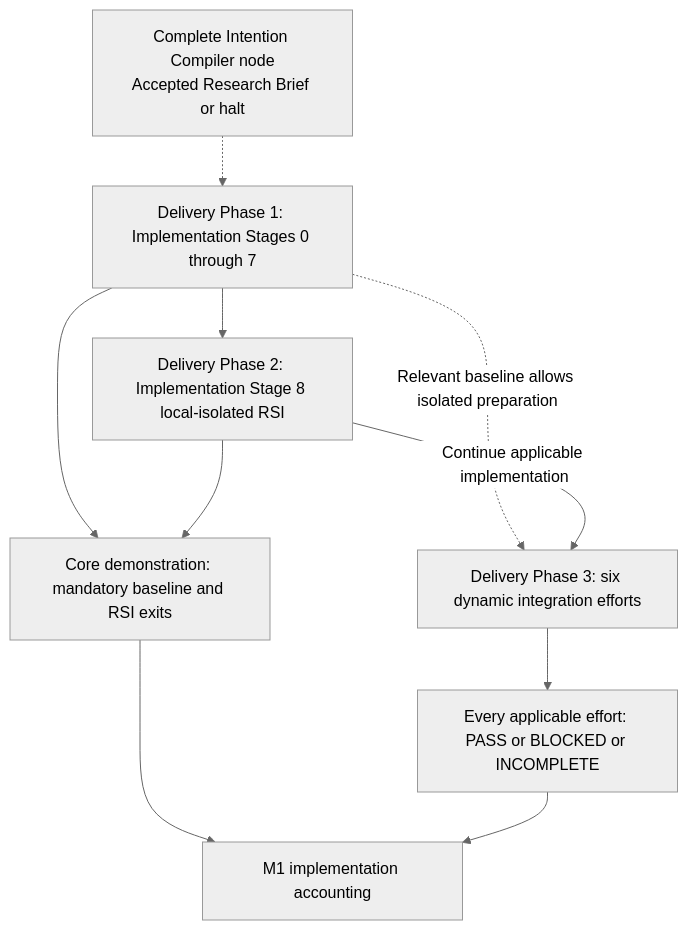
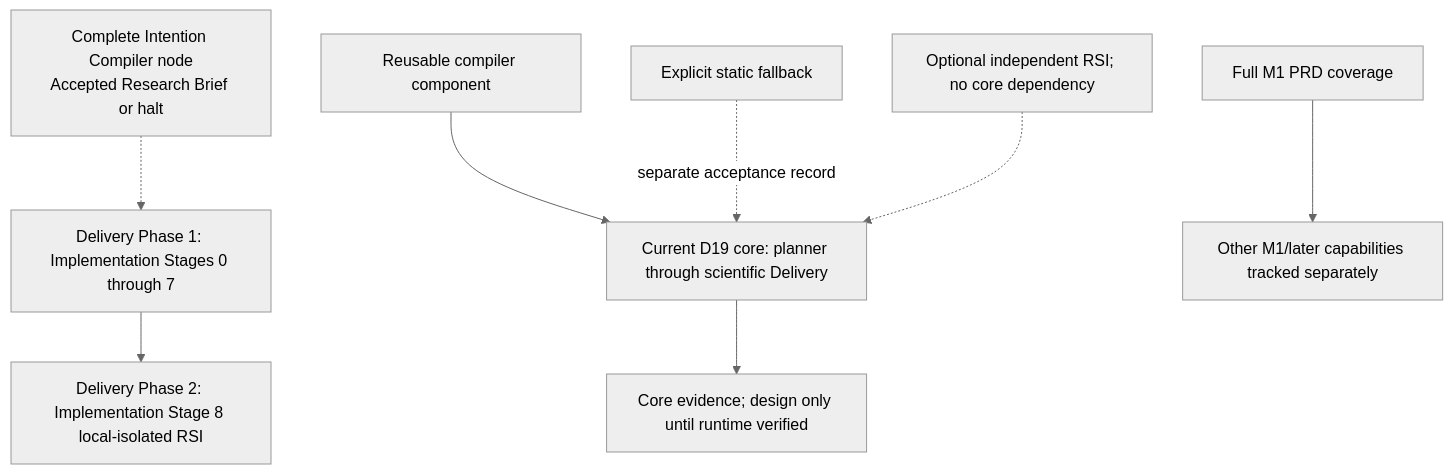
The diagram in docs/architecture/design-package/phase-details.md (Stellven/jiuwenswarm), drawn with Mermaid (neutral theme) before and after one commit. The commit also changed other lines of this file and 114 other files, not shown here.

Commit message:
docs: integrate October core scope, D19-D22, CC build coverage and planning records

````diff
--- a/docs/architecture/design-package/phase-details.md
+++ b/docs/architecture/design-package/phase-details.md
@@ -48,12 +48,10 @@
 ```mermaid
 flowchart TB
     Slice["Complete Intention Compiler node<br/>Accepted Research Brief or halt"] -.-> P1[Delivery Phase 1: Implementation Stages 0 through 7]
     P1 --> P2[Delivery Phase 2: Implementation Stage 8 local-isolated RSI]
-    P1 -.->|Relevant baseline allows isolated preparation| P3[Delivery Phase 3: six dynamic integration efforts]
-    P2 -->|Continue applicable implementation| P3
-    P1 --> Core[Core demonstration: mandatory baseline and RSI exits]
-    P2 --> Core
-    P3 --> Account[Every applicable effort: PASS or BLOCKED or INCOMPLETE]
-    Core --> Report[M1 implementation accounting]
-    Account --> Report
+    Compiler[Reusable compiler component] --> Core[Current D19 core: planner through scientific Delivery]
+    Static[Explicit static fallback] -. separate acceptance record .-> Core
+    Core --> Evidence[Core evidence; design only until runtime verified]
+    RSI[Optional independent RSI; no core dependency] -.-> Core
+    PRD[Full M1 PRD coverage] --> Other[Other M1/later capabilities tracked separately]
 ```
````
